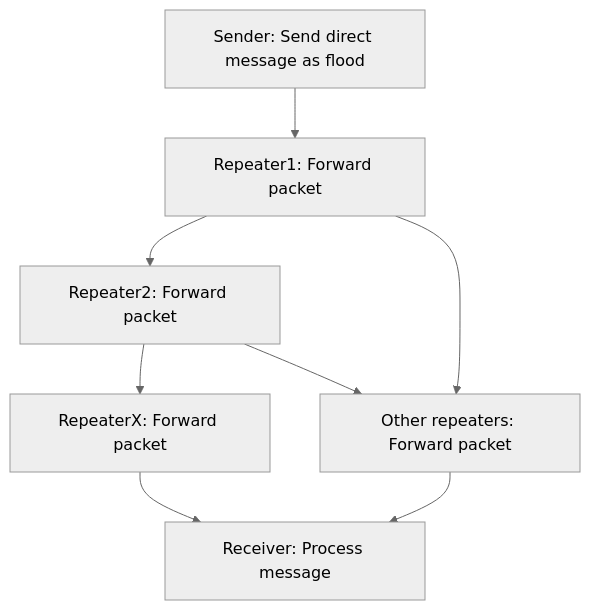
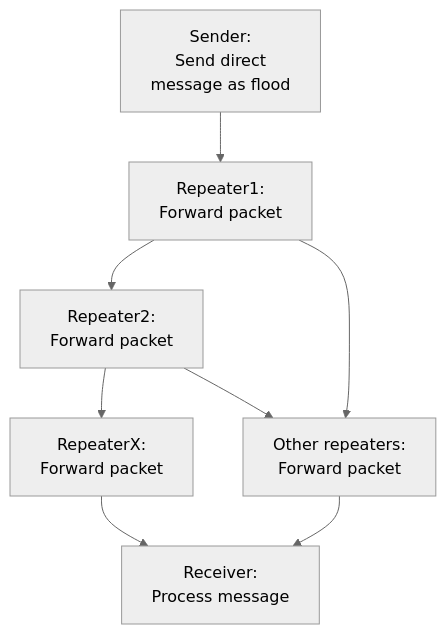
The second of 3 diagrams in direct_message_flows.md (luckystriike22/meshcore_region_info), drawn with Mermaid (neutral theme) before and after one commit. The commit also changed other lines of this file, not shown here.

````diff
--- a/direct_message_flows.md
+++ b/direct_message_flows.md
@@ -56,10 +56,10 @@
 ```mermaid
 flowchart TD
-    A[Sender: Send direct message as flood] --> B[Repeater1: Forward packet]
-    B --> C[Repeater2: Forward packet]
-    C --> D[RepeaterX: Forward packet]
-    D --> E[Receiver: Process message]
-    B --> F[Other repeaters: Forward packet]
+    A[Sender:<br>Send direct<br>message as flood] --> B[Repeater1:<br>Forward packet]
+    B --> C[Repeater2:<br>Forward packet]
+    C --> D[RepeaterX:<br>Forward packet]
+    D --> E[Receiver:<br>Process message]
+    B --> F[Other repeaters:<br>Forward packet]
     F --> E
     C --> F
 ```
````
